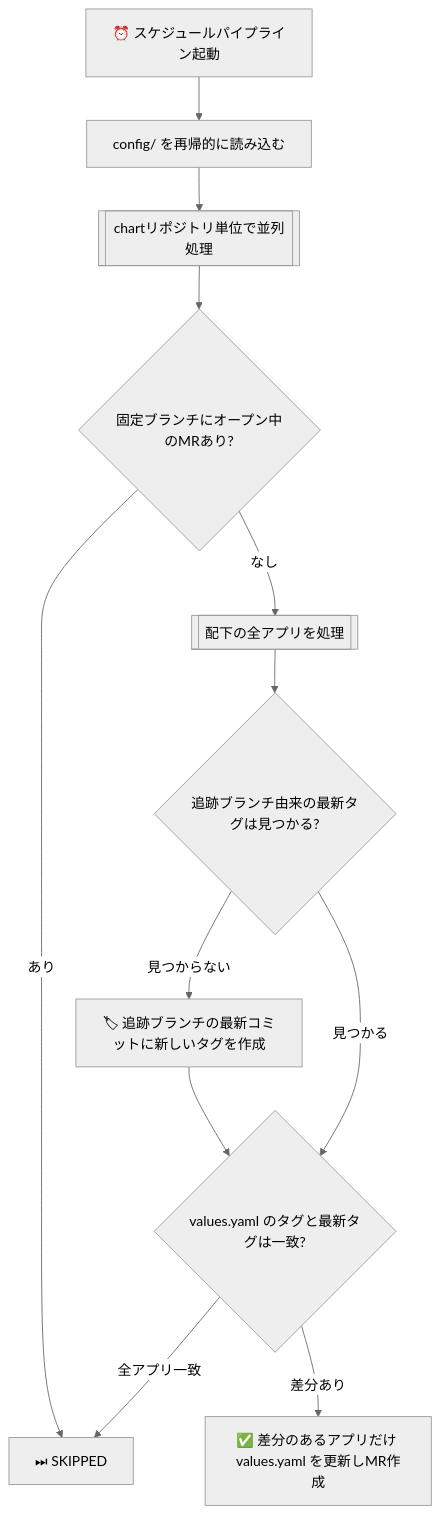
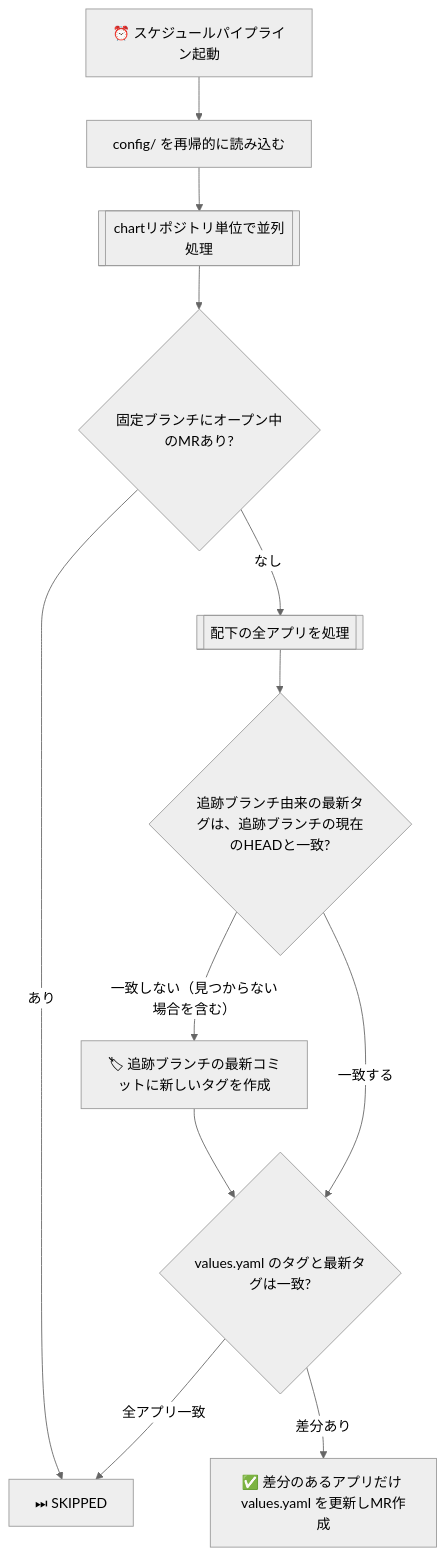
Before and after one commit to sinnlosses/helm-yadokari: the diagram in README.md, drawn with Mermaid (neutral theme). The commit also changed other lines of this file and 9 other files, not shown here.

````diff
--- a/README.md
+++ b/README.md
@@ -87,14 +87,14 @@
 ```mermaid
 flowchart TD
     A[⏰ スケジュールパイプライン起動] --> B[config/ を再帰的に読み込む]
     B --> C[[chartリポジトリ単位で並列処理]]
     C --> D{固定ブランチにオープン中のMRあり?}
     D -->|あり| E[⏭ SKIPPED]
     D -->|なし| F[[配下の全アプリを処理]]
-    F --> G{追跡ブランチ由来の最新タグは見つかる?}
-    G -->|見つからない| H[🏷 追跡ブランチの最新コミットに新しいタグを作成]
+    F --> G{追跡ブランチ由来の最新タグは、追跡ブランチの現在のHEADと一致?}
+    G -->|一致しない（見つからない場合を含む）| H[🏷 追跡ブランチの最新コミットに新しいタグを作成]
     H --> I
-    G -->|見つかる| I{values.yaml のタグと最新タグは一致?}
+    G -->|一致する| I{values.yaml のタグと最新タグは一致?}
     I -->|全アプリ一致| E
     I -->|差分あり| J[✅ 差分のあるアプリだけ values.yaml を更新しMR作成]
 ```
````
